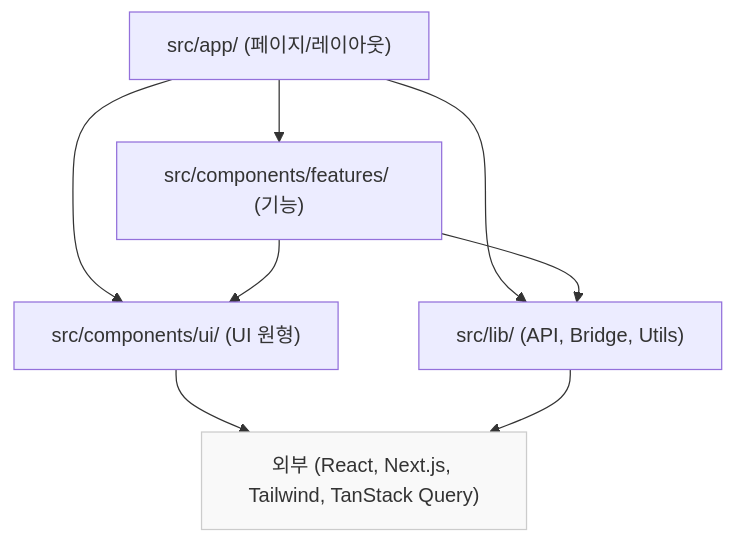
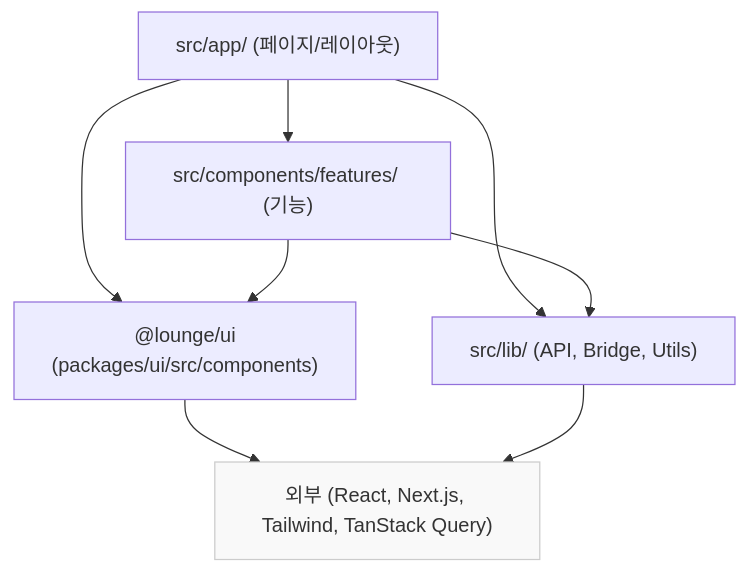
One commit to minsukong/lounge-docs changed the third of 3 diagrams in docs/diagrams/[TBD]_frontend-internal.md. Above: the diagram before and after it, drawn with Mermaid. The commit also changed other lines of this file and 5 other files, not shown here.

```diff
--- a/docs/diagrams/[TBD]_frontend-internal.md
+++ b/docs/diagrams/[TBD]_frontend-internal.md
@@ -86,21 +95,21 @@
   <div class="mermaid">
 flowchart TB
   accTitle: 모듈 의존성 방향
   accDescr: 의존성은 위에서 아래로만 흐릅니다. 하위 모듈이 상위 모듈을 역참조하는 것은 금지입니다.
   
   APP["src/app/ (페이지/레이아웃)"]
   FEAT["src/components/features/ (기능)"]
-  UI["src/components/ui/ (UI 원형)"]
+  UI["@lounge/ui<br/>(packages/ui/src/components)"]
   LIB["src/lib/ (API, Bridge, Utils)"]
   EXT["외부 (React, Next.js, Tailwind, TanStack Query)"]
   
   APP --> FEAT
   APP --> UI
   APP --> LIB
   FEAT --> UI
   FEAT --> LIB
   UI --> EXT
   LIB --> EXT
   
   style EXT fill:#f9f9f9,stroke:#ccc
   </div>
```
